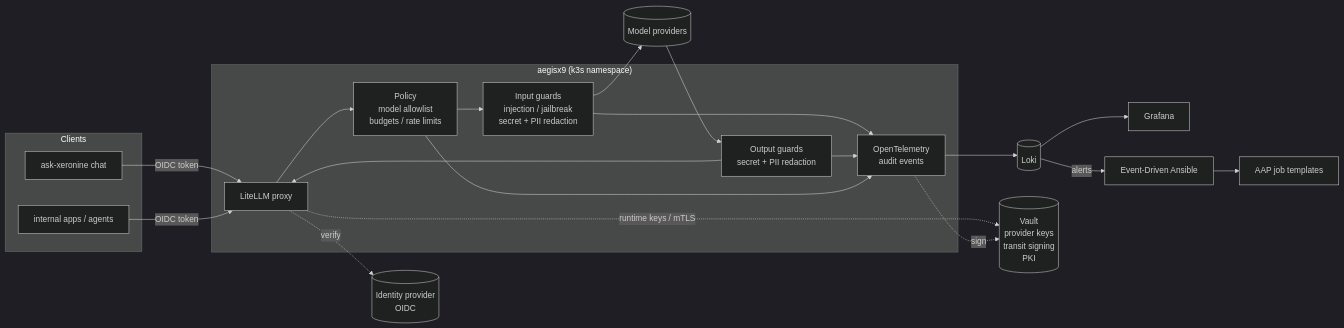
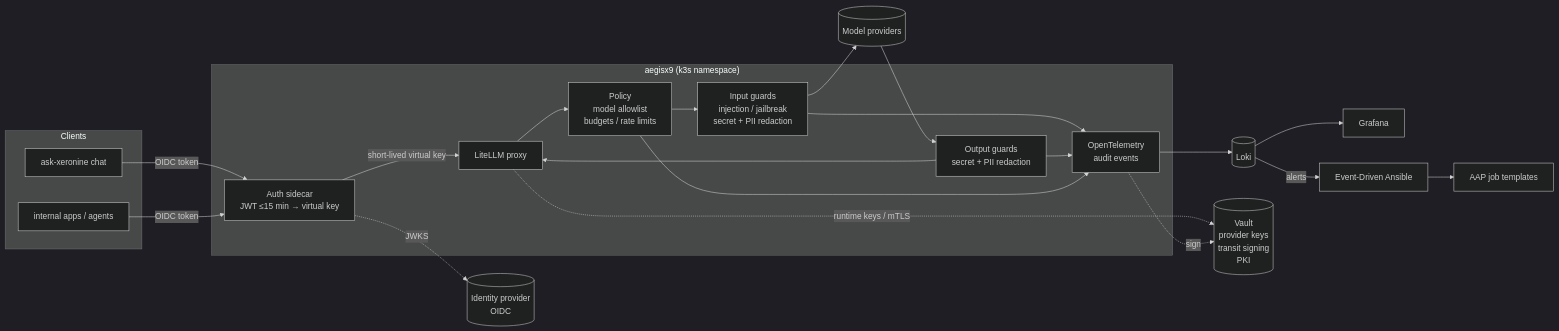
The first of 2 diagrams in README.md (mchasse73/aegisx9), drawn with Mermaid (dark theme) before and after one commit.

Commit message:
docs(readme): show the auth sidecar in the request path (refs #86) (#97)

````diff
--- a/README.md
+++ b/README.md
@@ -25,29 +25,31 @@
 ```mermaid
 flowchart LR
     subgraph Clients
         A[ask-xeronine chat]
         B[internal apps / agents]
     end
     IdP[(Identity provider<br/>OIDC)]
     subgraph aegisx9["aegisx9 (k3s namespace)"]
+        AP[Auth sidecar<br/>JWT ≤15 min → virtual key]
         GW[LiteLLM proxy]
         IG[Input guards<br/>injection / jailbreak<br/>secret + PII redaction]
         POL[Policy<br/>model allowlist<br/>budgets / rate limits]
         OG[Output guards<br/>secret + PII redaction]
         OT[OpenTelemetry<br/>audit events]
     end
     LLM[(Model providers)]
     LOKI[(Loki)]
     GRAF[Grafana]
 
-    A -->|OIDC token| GW
-    B -->|OIDC token| GW
-    GW -. verify .-> IdP
+    A -->|OIDC token| AP
+    B -->|OIDC token| AP
+    AP -. JWKS .-> IdP
+    AP -->|short-lived virtual key| GW
     GW --> POL --> IG --> LLM
     LLM --> OG --> GW
     VAULT[(Vault<br/>provider keys<br/>transit signing<br/>PKI)]
     GW -. runtime keys / mTLS .-> VAULT
     OT -. sign .-> VAULT
     IG & OG & POL --> OT --> LOKI --> GRAF
     LOKI -- alerts --> EDA[Event-Driven Ansible] --> AAP[AAP job templates]
 ```
````
